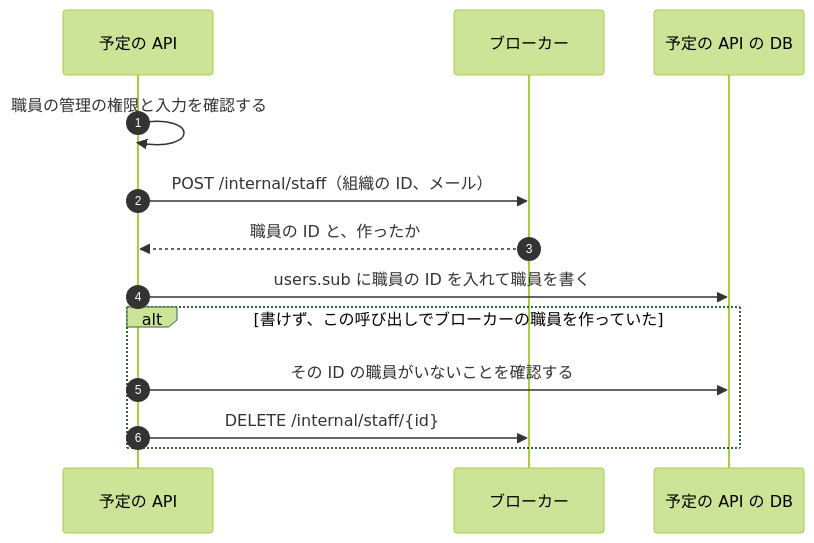
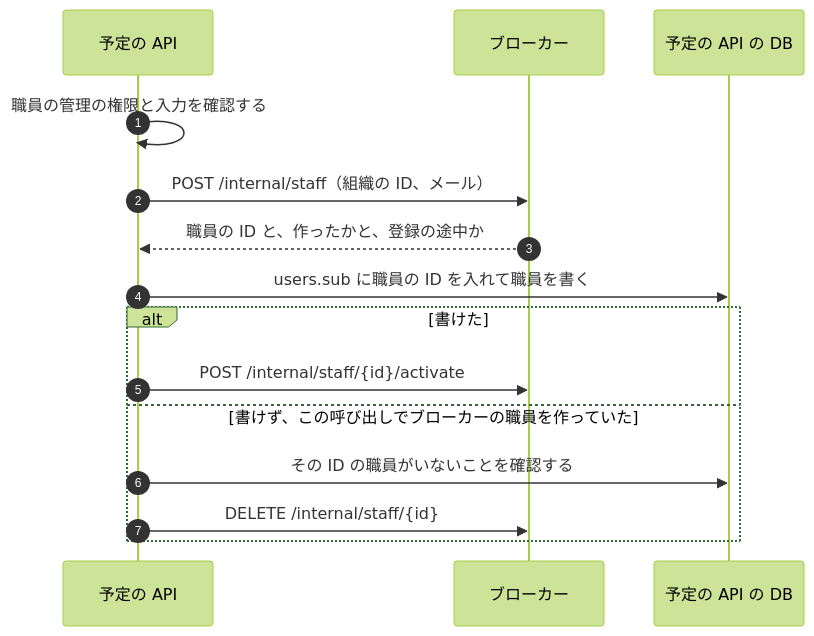
Before and after one commit to Fukuemon/buddy: the fourth of 4 diagrams in services/broker/DesignDoc.md, drawn with Mermaid (forest theme). The commit also changed other lines of this file and 5 other files, not shown here.

````diff
--- a/services/broker/DesignDoc.md
+++ b/services/broker/DesignDoc.md
@@ -164,15 +172,17 @@
 ```mermaid
 sequenceDiagram
   autonumber
   participant A as 予定の API
   participant K as ブローカー
   participant DB as 予定の API の DB
   A->>A: 職員の管理の権限と入力を確認する
   A->>K: POST /internal/staff（組織の ID、メール）
-  K-->>A: 職員の ID と、作ったか
+  K-->>A: 職員の ID と、作ったかと、登録の途中か
   A->>DB: users.sub に職員の ID を入れて職員を書く
-  alt 書けず、この呼び出しでブローカーの職員を作っていた
+  alt 書けた
+    A->>K: POST /internal/staff/{id}/activate
+  else 書けず、この呼び出しでブローカーの職員を作っていた
     A->>DB: その ID の職員がいないことを確認する
     A->>K: DELETE /internal/staff/{id}
   end
 ```
````
